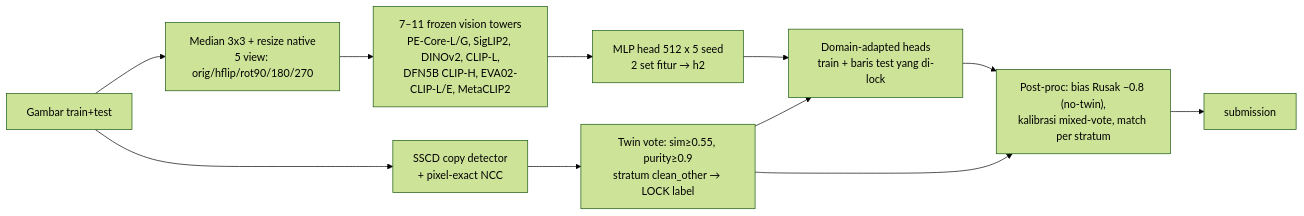
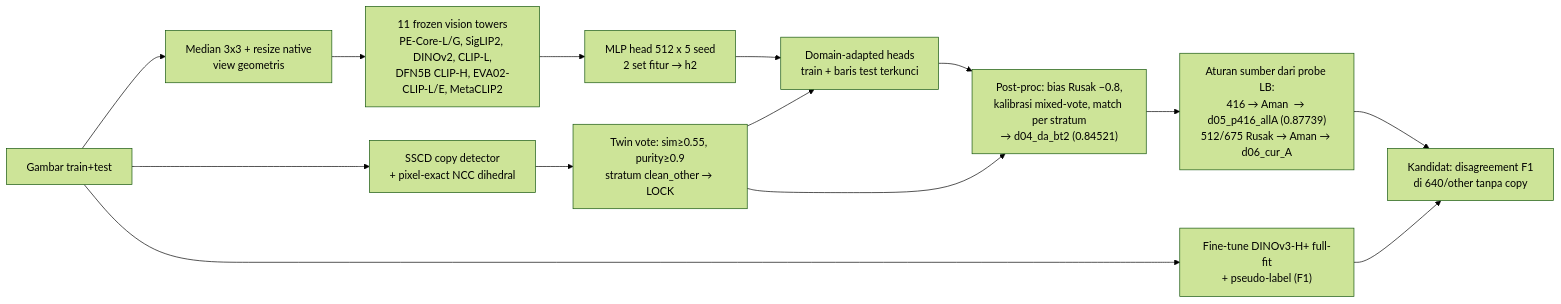
Before and after one commit to yauwes/datascape-jev-rlcd-pipeline: the diagram in README.md, drawn with Mermaid (forest theme). The commit also changed other lines of this file and 27 other files, not shown here.

````diff
--- a/README.md
+++ b/README.md
@@ -46,13 +62,16 @@
 ```mermaid
 flowchart LR
-  A["Gambar train+test"] --> B["Median 3x3 + resize native<br/>5 view: orig/hflip/rot90/180/270"]
-  B --> C["7–11 frozen vision towers<br/>PE-Core-L/G, SigLIP2, DINOv2, CLIP-L,<br/>DFN5B CLIP-H, EVA02-CLIP-L/E, MetaCLIP2"]
+  A["Gambar train+test"] --> B["Median 3x3 + resize native<br/>view geometris"]
+  B --> C["11 frozen vision towers<br/>PE-Core-L/G, SigLIP2, DINOv2, CLIP-L,<br/>DFN5B CLIP-H, EVA02-CLIP-L/E, MetaCLIP2"]
   C --> D["MLP head 512 x 5 seed<br/>2 set fitur → h2"]
-  A --> E["SSCD copy detector<br/>+ pixel-exact NCC"]
-  E --> F["Twin vote: sim≥0.55, purity≥0.9<br/>stratum clean_other → LOCK label"]
-  F --> G["Domain-adapted heads<br/>train + baris test yang di-lock"]
+  A --> E["SSCD copy detector<br/>+ pixel-exact NCC dihedral"]
+  E --> F["Twin vote: sim≥0.55, purity≥0.9<br/>stratum clean_other → LOCK"]
+  F --> G["Domain-adapted heads<br/>train + baris test terkunci"]
   D --> G
-  G --> H["Post-proc: bias Rusak −0.8 (no-twin),<br/>kalibrasi mixed-vote, match per stratum"]
+  G --> H["Post-proc: bias Rusak −0.8,<br/>kalibrasi mixed-vote, match per stratum<br/>→ d04_da_bt2 (0.84521)"]
   F --> H
-  H --> I["submission"]
+  H --> R["Aturan sumber dari probe LB:<br/>416 → Aman  → d05_p416_allA (0.87739)<br/>512/675 Rusak → Aman → d06_cur_A"]
+  A --> FT["Fine-tune DINOv3-H+ full-fit<br/>+ pseudo-label (F1)"]
+  FT --> K["Kandidat: disagreement F1<br/>di 640/other tanpa copy"]
+  R --> K
 ```
````
